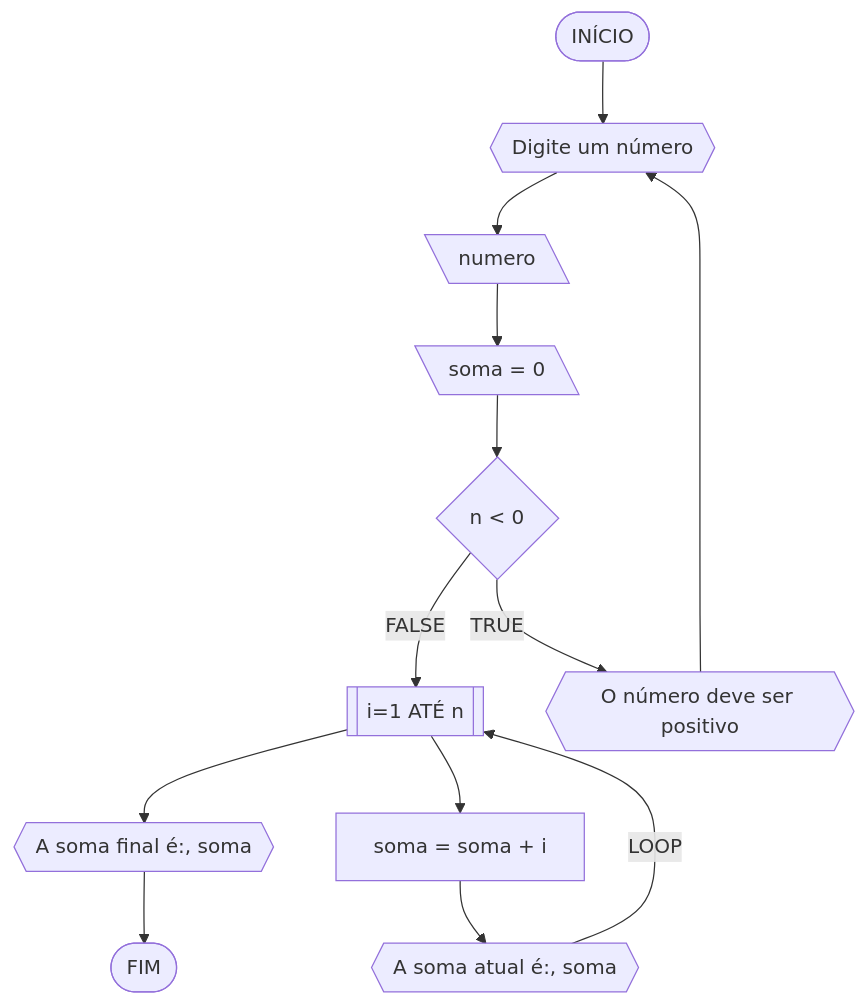
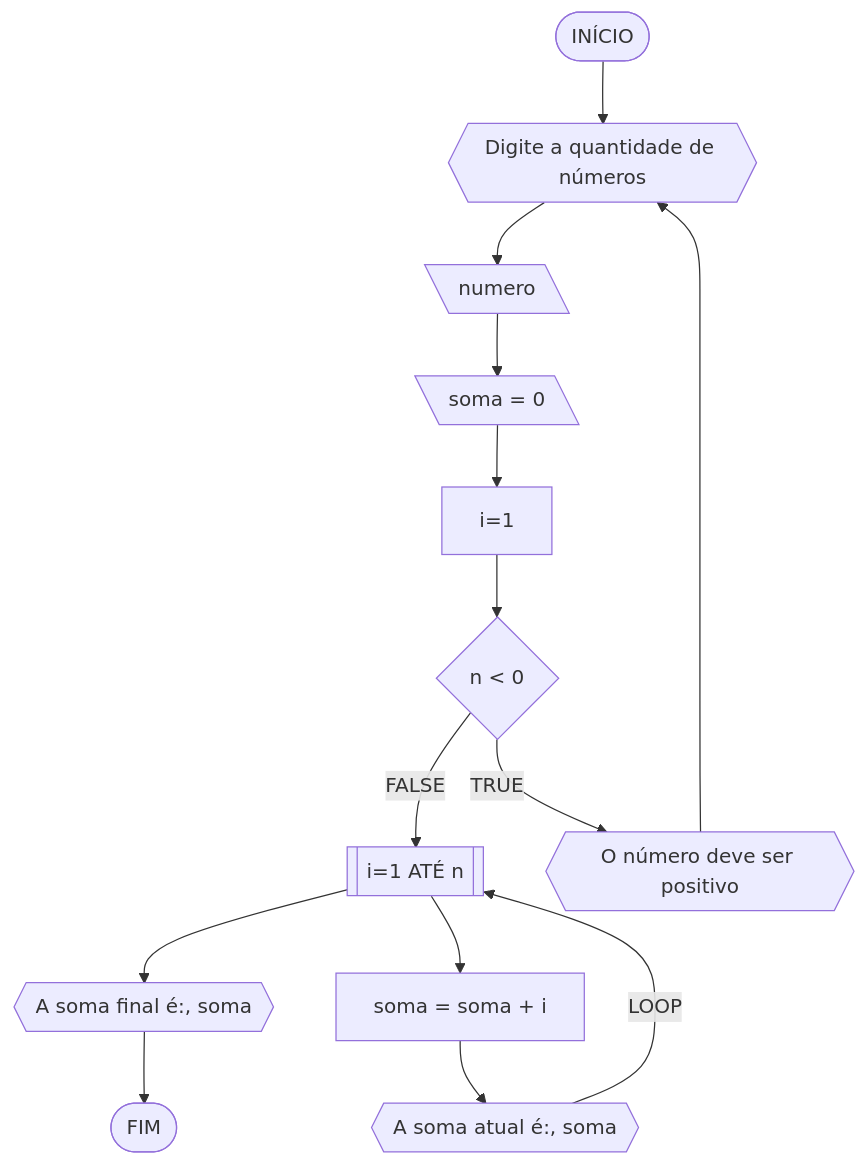
One commit to LucasCarreiro7/UNIFOR changed the third of 4 diagrams in RLA/AF1/AD1.md. Above: the diagram before and after it, drawn with Mermaid. The commit also changed other lines of this file, not shown here.

````diff
--- a/RLA/AF1/AD1.md
+++ b/RLA/AF1/AD1.md
@@ -130,15 +127,16 @@
 ```mermaid
 flowchart TD
-A([INÍCIO]) --> B{{Digite um número}}
+A([INÍCIO]) --> B{{Digite a quantidade de números}}
 B --> C[\numero\]
 C --> D[\soma = 0\]
-D --> E{n < 0}
+D --> D2[i=1]
+D2 --> E{n < 0}
 E --FALSE--> G[[i=1 ATÉ n]]
 G --> J{{A soma final é:, soma}}
 G --> H[soma = soma + i]
 H --> I{{A soma atual é:, soma}}
 I --LOOP--> G
 E --TRUE--> F{{O número deve ser positivo}}
 F -->B
 J --> Z([FIM])
 ```
````
